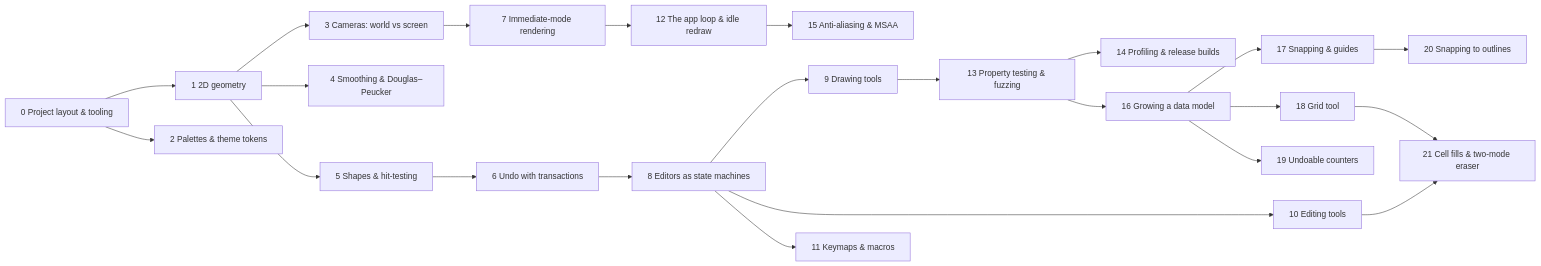
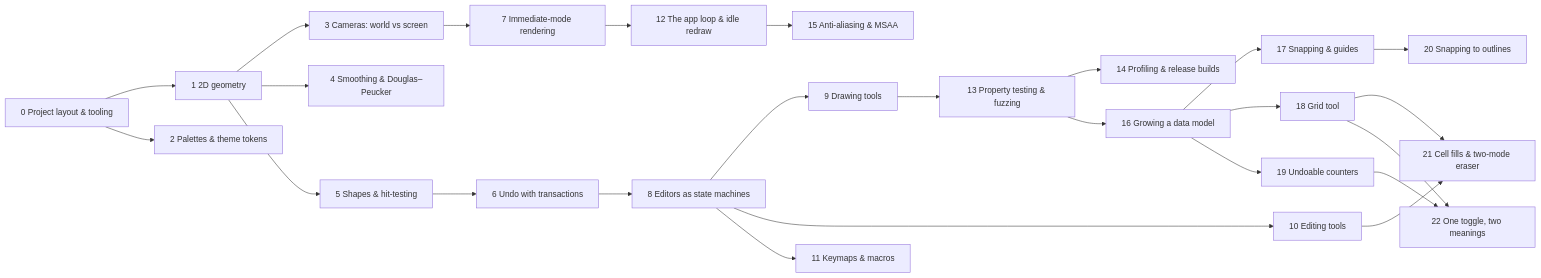
The diagram in docs/tutorials/Learning Path.md (UmBender/draw), drawn with Mermaid before and after one commit. The commit also changed other lines of this file and 5 other files, not shown here.

````diff
--- a/docs/tutorials/Learning Path.md
+++ b/docs/tutorials/Learning Path.md
@@ -11,25 +11,27 @@
 ```mermaid
 flowchart LR
   s0[0 Project layout & tooling] --> s1[1 2D geometry]
   s0 --> s2[2 Palettes & theme tokens]
   s1 --> s3[3 Cameras: world vs screen]
   s1 --> s4[4 Smoothing & Douglas–Peucker]
   s1 --> s5[5 Shapes & hit-testing]
   s5 --> s6[6 Undo with transactions]
   s3 --> s7[7 Immediate-mode rendering]
   s6 --> s8[8 Editors as state machines]
   s8 --> s9[9 Drawing tools]
   s8 --> s10[10 Editing tools]
   s8 --> s11[11 Keymaps & macros]
   s7 --> s12[12 The app loop & idle redraw]
   s9 --> s13[13 Property testing & fuzzing]
   s13 --> s14[14 Profiling & release builds]
   s12 --> s15[15 Anti-aliasing & MSAA]
   s13 --> s16[16 Growing a data model]
   s16 --> s17[17 Snapping & guides]
   s16 --> s18[18 Grid tool]
   s16 --> s19[19 Undoable counters]
   s17 --> s20[20 Snapping to outlines]
   s10 --> s21[21 Cell fills & two-mode eraser]
   s18 --> s21
+  s18 --> s22[22 One toggle, two meanings]
+  s19 --> s22
 ```
````
